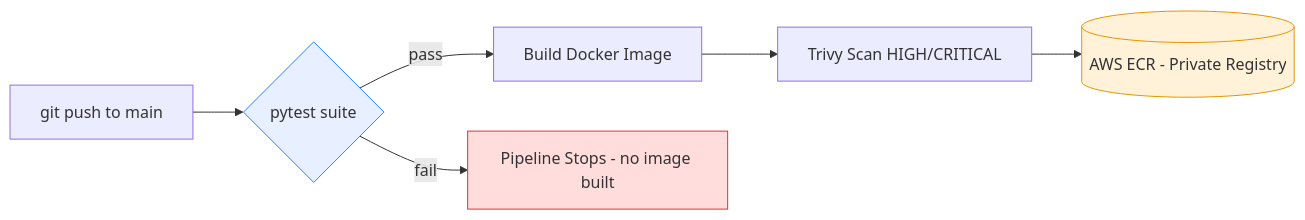
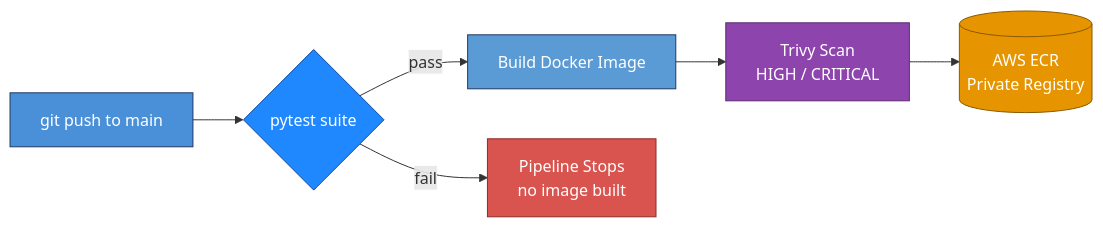
One commit to sadvi11/docker-flask-ai-app changed the second of 4 diagrams in README.md. Above: the diagram before and after it, drawn with Mermaid. The commit also changed other lines of this file, not shown here.

Commit message:
Improve README diagram colors for readability

````diff
--- a/README.md
+++ b/README.md
@@ -27,11 +32,15 @@
 ```mermaid
 flowchart LR
-    P[git push to main] --> T{pytest suite}
-    T -->|pass| B[Build Docker Image]
-    T -->|fail| X[Pipeline Stops - no image built]
-    B --> S[Trivy Scan HIGH/CRITICAL]
-    S --> E[(AWS ECR - Private Registry)]
-    style X fill:#ffdddd,stroke:#d33
-    style E fill:#fff2d9,stroke:#e69500
-    style T fill:#e8f0ff,stroke:#2088ff
+    P[git push to main]:::push --> T{pytest suite}:::test
+    T -->|pass| B[Build Docker Image]:::build
+    T -->|fail| X[Pipeline Stops<br/>no image built]:::stop
+    B --> S[Trivy Scan<br/>HIGH / CRITICAL]:::scan
+    S --> E[(AWS ECR<br/>Private Registry)]:::ecr
+
+    classDef push fill:#4A90D9,stroke:#1F3864,color:#ffffff
+    classDef test fill:#2088FF,stroke:#0D47A1,color:#ffffff
+    classDef build fill:#5B9BD5,stroke:#1F3864,color:#ffffff
+    classDef stop fill:#D9534F,stroke:#8B2C29,color:#ffffff
+    classDef scan fill:#8E44AD,stroke:#5B2C6F,color:#ffffff
+    classDef ecr fill:#E69500,stroke:#8A5A00,color:#ffffff
 ```
````
